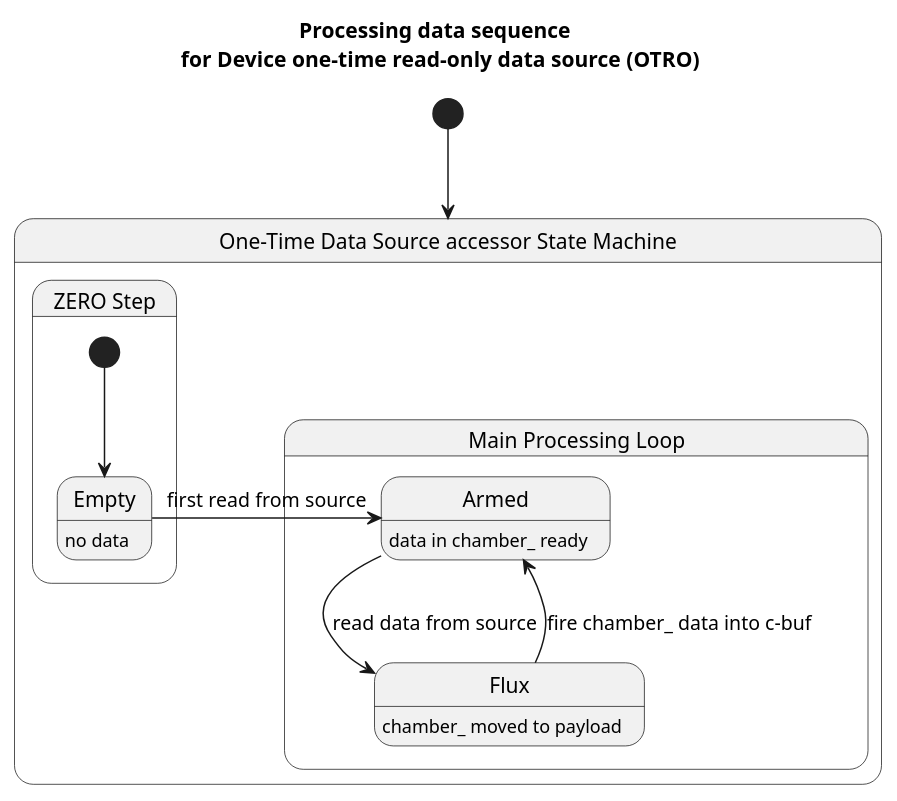
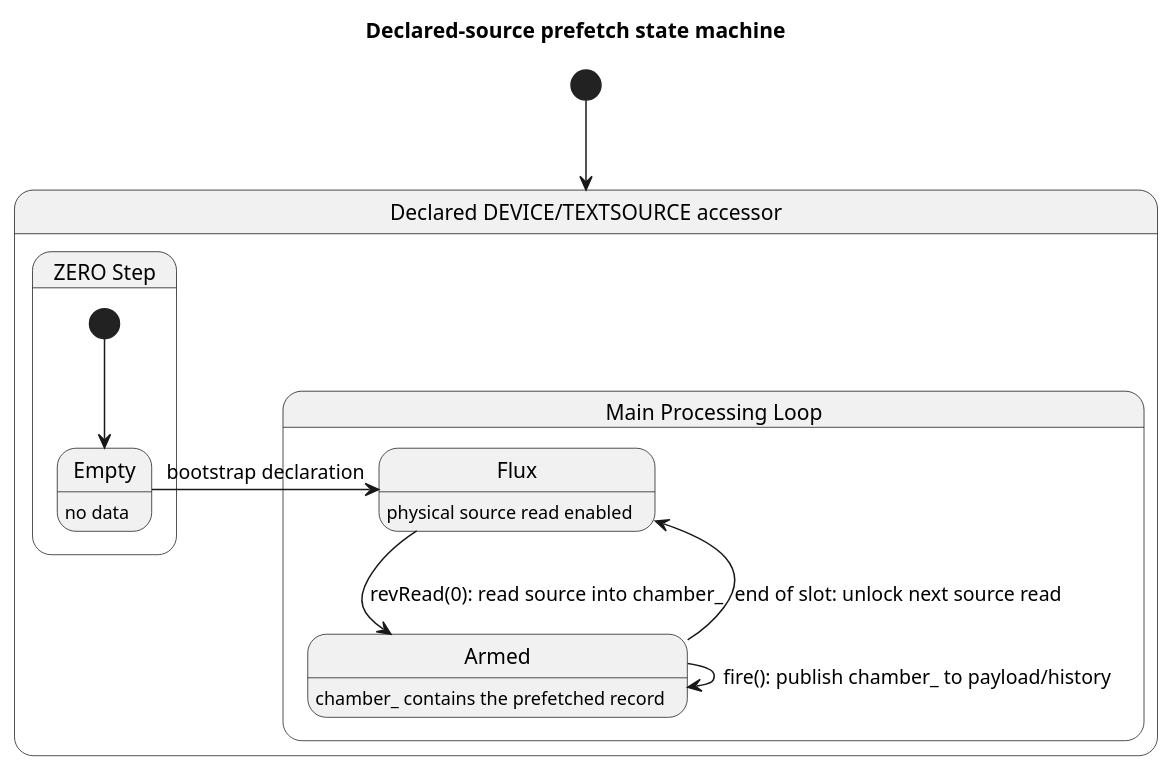
Before and after one commit to michalwidera/retractordb: the diagram in src/retractor/UML/storage-access-state.puml, drawn with PlantUML. The commit also changed 4 other files, not shown here.

```diff
--- a/src/retractor/UML/storage-access-state.puml
+++ b/src/retractor/UML/storage-access-state.puml
@@ -1,24 +1,25 @@
 @startuml
 
-title Processing data sequence \n for Device one-time read-only data source (OTRO)
+title Declared-source prefetch state machine
 [*] --> Storage
 
-state Storage as "One-Time Data Source accessor State Machine" {
+state Storage as "Declared DEVICE/TEXTSOURCE accessor" {
 
   state ZeroStep as "ZERO Step" {
     [*] --> Empty
     state Empty : no data
   }
 
   state MainLoop as "Main Processing Loop" {
-    state Armed : data in chamber_ ready
-    state Flux : chamber_ moved to payload
-    Flux --> Armed : fire chamber_ data into c-buf
-    Armed --> Flux : read data from source
+    state Flux : physical source read enabled
+    state Armed : chamber_ contains the prefetched record
+    Flux --> Armed : revRead(0): read source into chamber_
+    Armed --> Armed : fire(): publish chamber_ to payload/history
+    Armed --> Flux : end of slot: unlock next source read
   }
 
-  Empty -> Armed : first read from source
+  Empty -> Flux : bootstrap declaration
 
   }
 
 @enduml
```
